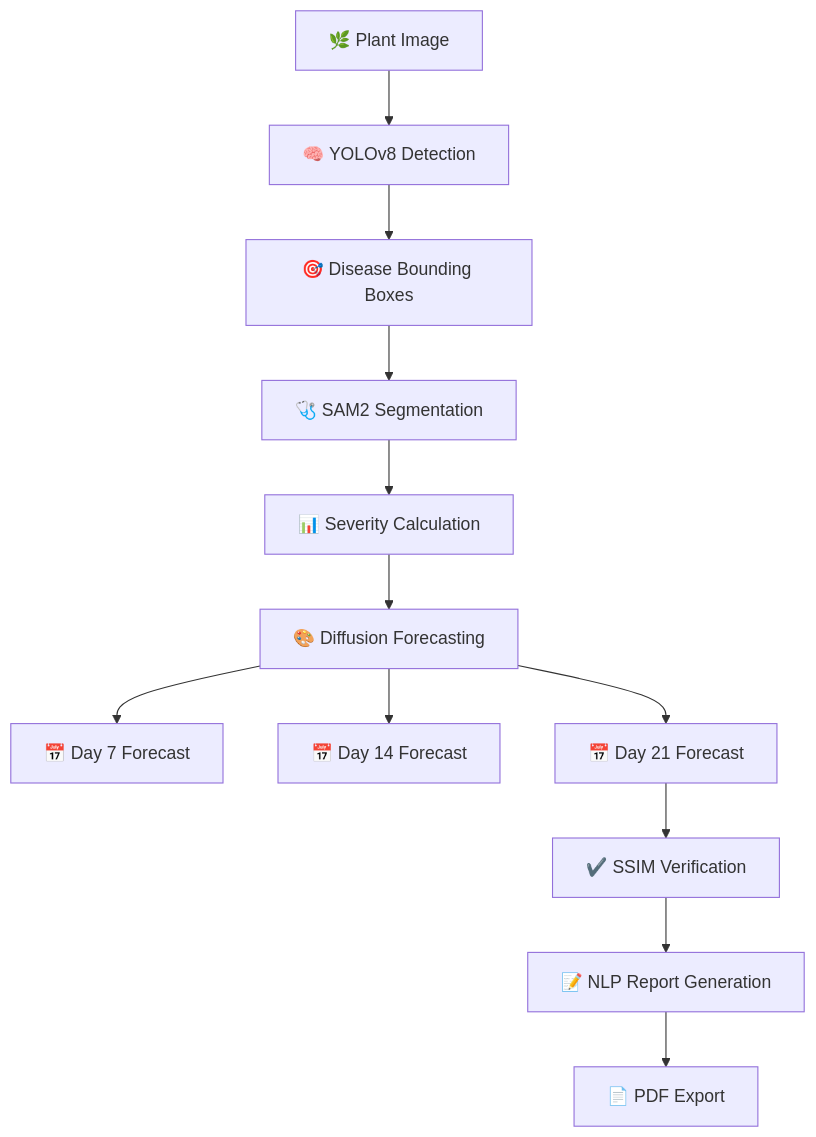
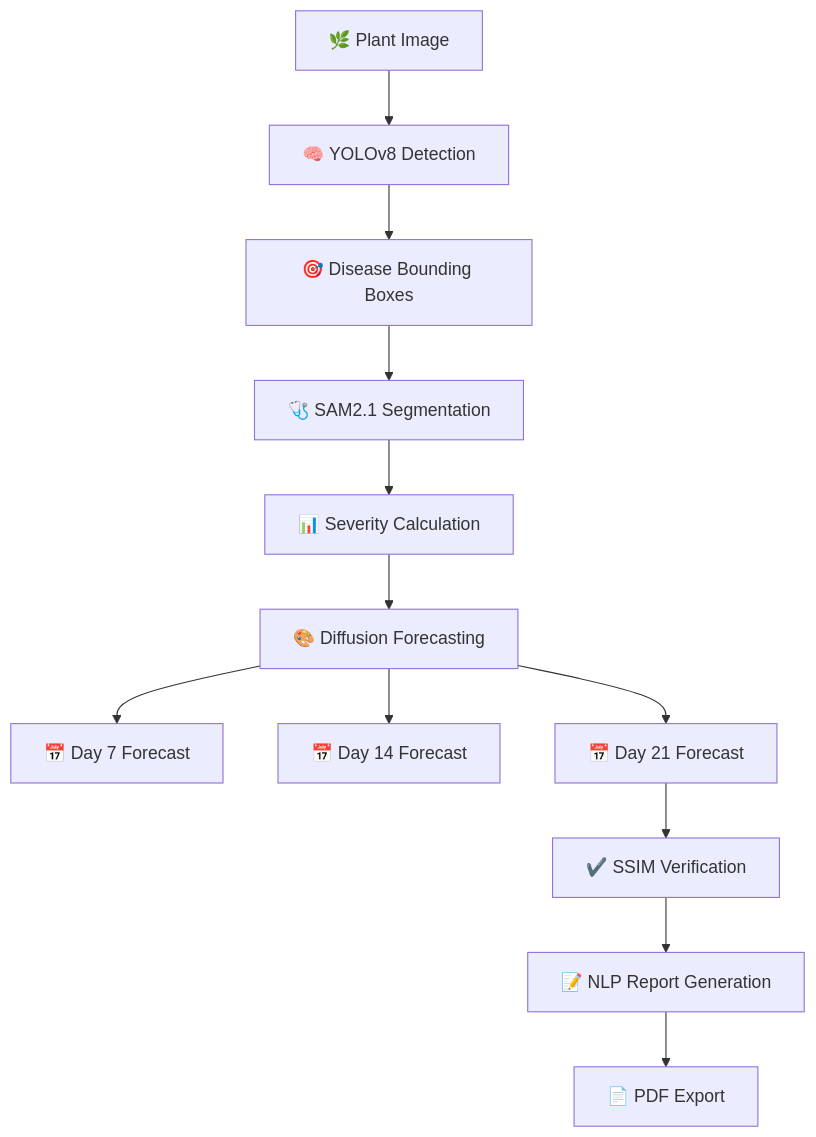
The diagram in README.md (Meetjo656/CropForge), drawn with Mermaid before and after one commit. The commit also changed other lines of this file and 11 other files, not shown here.

````diff
--- a/README.md
+++ b/README.md
@@ -90,20 +90,20 @@
 ```mermaid
 graph TD
 
 A[🌿 Plant Image] --> B[🧠 YOLOv8 Detection]
 B --> C[🎯 Disease Bounding Boxes]
 
-C --> D[🩺 SAM2 Segmentation]
+C --> D[🩺 SAM2.1 Segmentation]
 D --> E[📊 Severity Calculation]
 
 E --> F[🎨 Diffusion Forecasting]
 F --> G[📅 Day 7 Forecast]
 F --> H[📅 Day 14 Forecast]
 F --> I[📅 Day 21 Forecast]
 
 I --> J[✔️ SSIM Verification]
 
 J --> K[📝 NLP Report Generation]
 
 K --> L[📄 PDF Export]
 ```
````
